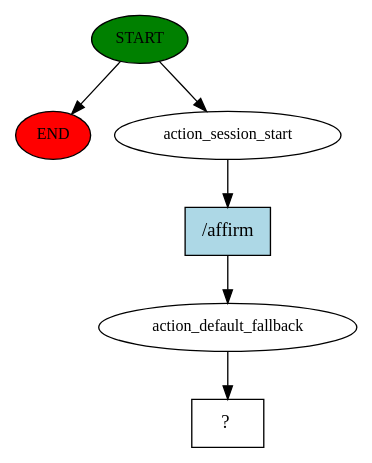
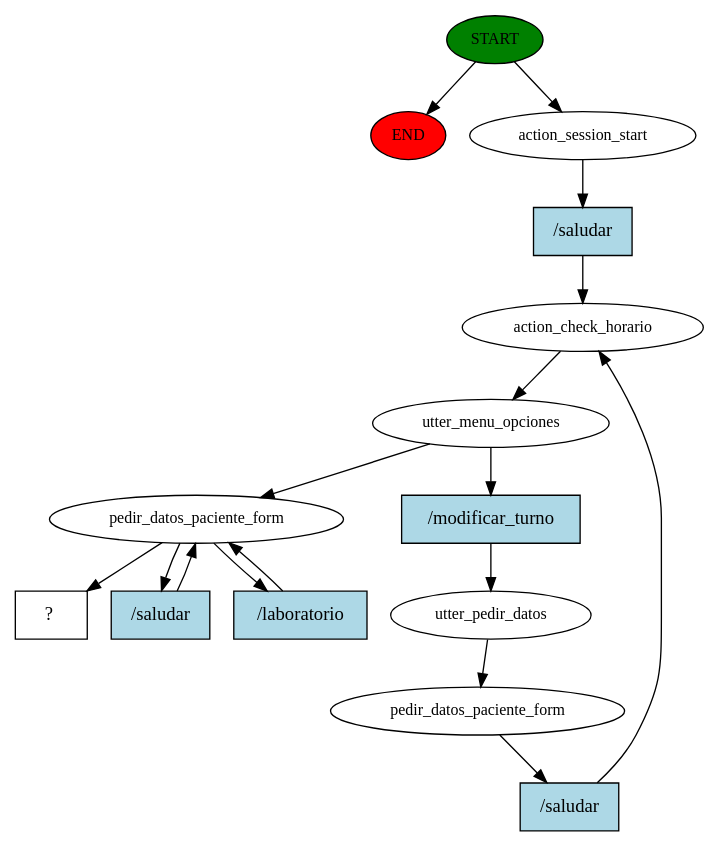
The diagram in story_graph.dot (TamaraMaggioni/RASA_BOT), drawn with Graphviz before and after one commit. The commit also changed 5 other files, not shown here.

Commit message:
rama_modificar_turno_completa

```diff
--- a/story_graph.dot
+++ b/story_graph.dot
@@ -1,13 +1,32 @@
 digraph  {
 0 [class="start active", fillcolor=green, fontsize=12, label=START, style=filled];
 "-1" [class=end, fillcolor=red, fontsize=12, label=END, style=filled];
 1 [class=active, fontsize=12, label=action_session_start];
-2 [class=active, fontsize=12, label=action_default_fallback];
-3 [class="intent dashed active", label="  ?  ", shape=rect];
-4 [class="intent active", fillcolor=lightblue, label="/affirm", shape=rect, style=filled];
+2 [class=active, fontsize=12, label=action_check_horario];
+3 [class=active, fontsize=12, label=utter_menu_opciones];
+4 [class=active, fontsize=12, label=utter_pedir_datos];
+5 [class=active, fontsize=12, label=pedir_datos_paciente_form];
+8 [class=active, fontsize=12, label=pedir_datos_paciente_form];
+12 [class="intent dashed active", label="  ?  ", shape=rect];
+13 [class="intent active", fillcolor=lightblue, label="/saludar", shape=rect, style=filled];
+14 [class="intent active", fillcolor=lightblue, label="/modificar_turno", shape=rect, style=filled];
+15 [class="intent active", fillcolor=lightblue, label="/saludar", shape=rect, style=filled];
+16 [class="intent active", fillcolor=lightblue, label="/saludar", shape=rect, style=filled];
+17 [class="intent active", fillcolor=lightblue, label="/laboratorio", shape=rect, style=filled];
 0 -> "-1"  [class="", key=NONE, label=""];
 0 -> 1  [class=active, key=NONE, label=""];
-1 -> 4  [class=active, key=0];
+1 -> 13  [class=active, key=0];
 2 -> 3  [class=active, key=NONE, label=""];
-4 -> 2  [class=active, key=0];
+3 -> 8  [class=active, key=NONE, label=""];
+3 -> 14  [class=active, key=0];
+4 -> 5  [class=active, key=NONE, label=""];
+5 -> 15  [class=active, key=0];
+8 -> 12  [class=active, key=NONE, label=""];
+8 -> 16  [class=active, key=0];
+8 -> 17  [class=active, key=0];
+13 -> 2  [class=active, key=0];
+14 -> 4  [class=active, key=0];
+15 -> 2  [class=active, key=0];
+16 -> 8  [class=active, key=0];
+17 -> 8  [class=active, key=0];
 }
```
